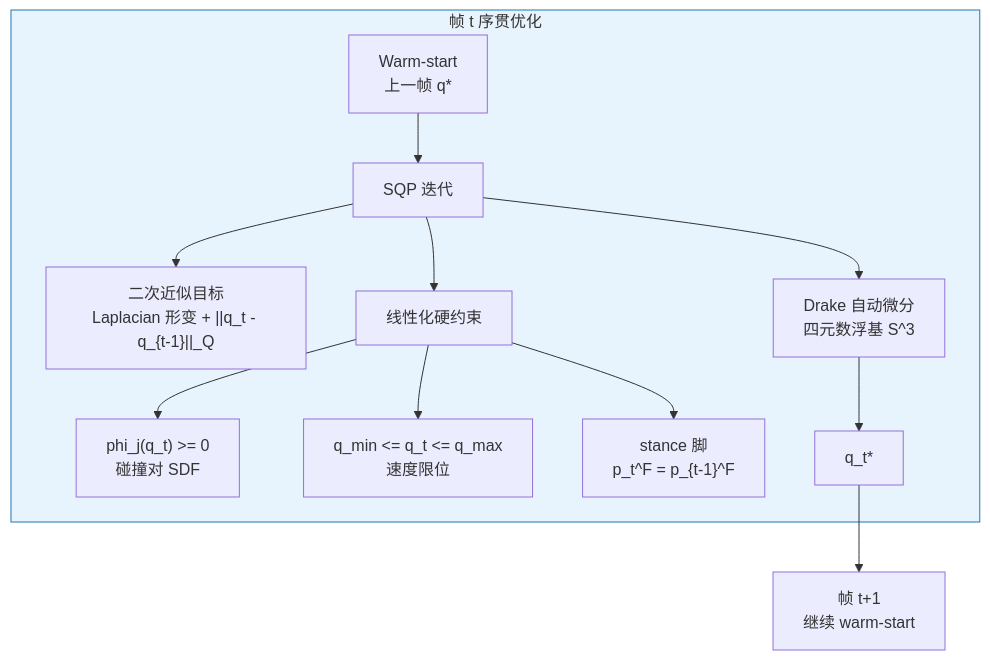
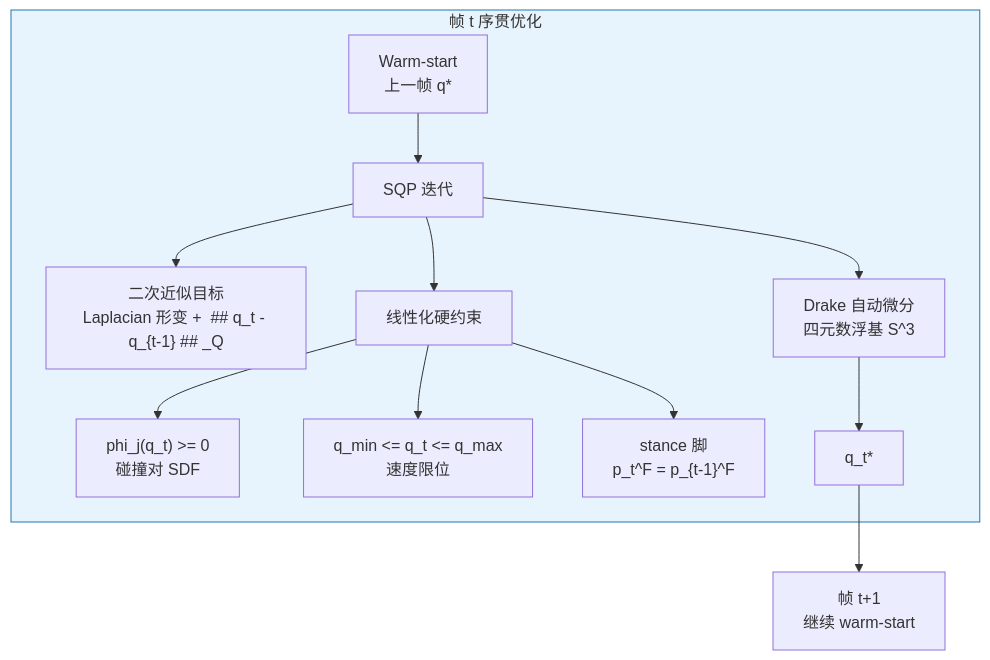
Before and after one commit to ImChong/Humanoid_Robot_Learning_Paper_Notebooks: the sixth of 12 diagrams in papers/02_Motion_Retargeting/OmniRetarget__Interaction-Preserving_Data_Generation_for_Humanoid_Whole-Body_Loc/OmniRetarget__Interaction-Preserving_Data_Generation_for_Humanoid_Whole-Body_Loc.md, drawn with Mermaid. The commit also changed other lines of this file and 26 other files, not shown here.

First line of the commit message:
chore(Mermaid): 全量适配论文笔记流程图至 KaTeX 渲染规范

```diff
--- a/papers/02_Motion_Retargeting/OmniRetarget__Interaction-Preserving_Data_Generation_for_Humanoid_Whole-Body_Loc/OmniRetarget__Interaction-Preserving_Data_Generation_for_Humanoid_Whole-Body_Loc.md
+++ b/papers/02_Motion_Retargeting/OmniRetarget__Interaction-Preserving_Data_Generation_for_Humanoid_Whole-Body_Loc/OmniRetarget__Interaction-Preserving_Data_Generation_for_Humanoid_Whole-Body_Loc.md
@@ -225,17 +225,17 @@
 <div class="mermaid">
 flowchart TB
     subgraph FRAME["帧 t 序贯优化"]
         WS["Warm-start<br/>上一帧 q*"] --> SQP["SQP 迭代"]
-        SQP --> OBJ["二次近似目标<br/>Laplacian 形变 + ||q_t - q_{t-1}||_Q"]
+        SQP --> OBJ["二次近似目标<br/>Laplacian 形变 +  ## q_t - q_{t-1} ## _Q"]
         SQP --> LIN["线性化硬约束"]
         LIN --> C1["phi_j(q_t) >= 0<br/>碰撞对 SDF"]
         LIN --> C2["q_min <= q_t <= q_max<br/>速度限位"]
         LIN --> C3["stance 脚<br/>p_t^F = p_{t-1}^F"]
         SQP --> SOLVE["Drake 自动微分<br/>四元数浮基 S^3"]
         SOLVE --> QT["q_t*"]
     end
 
     QT --> NEXT["帧 t+1<br/>继续 warm-start"]
 
     style FRAME fill:#e8f4fd,stroke:#1f78b4
 </div>
```
